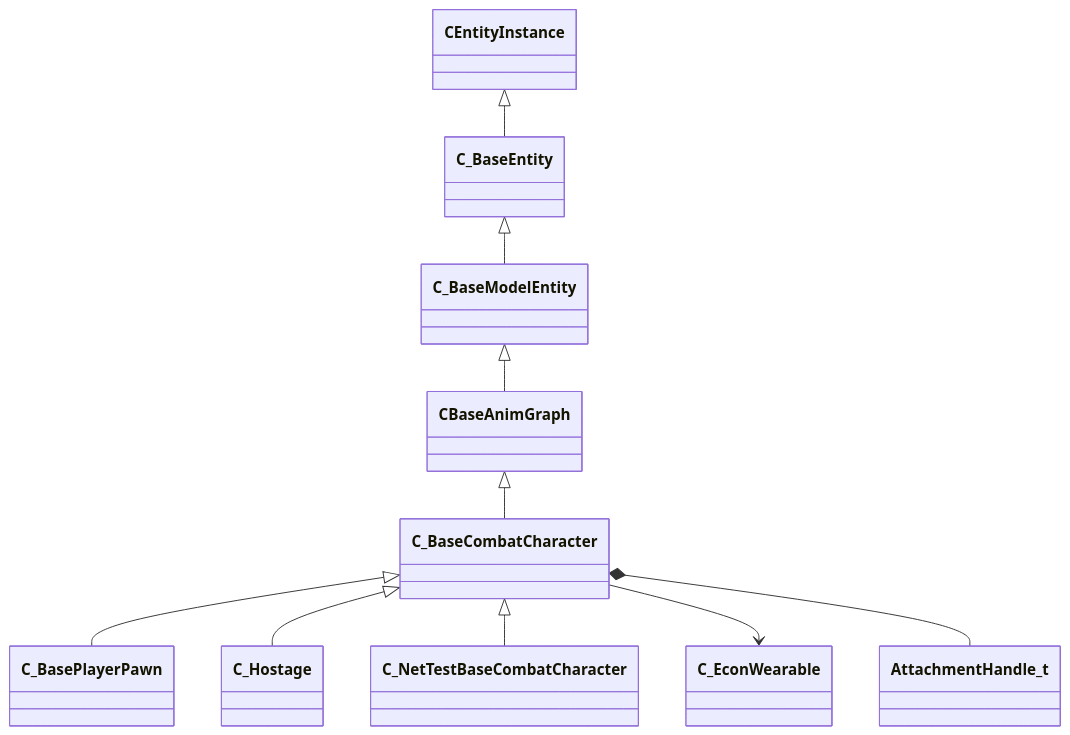
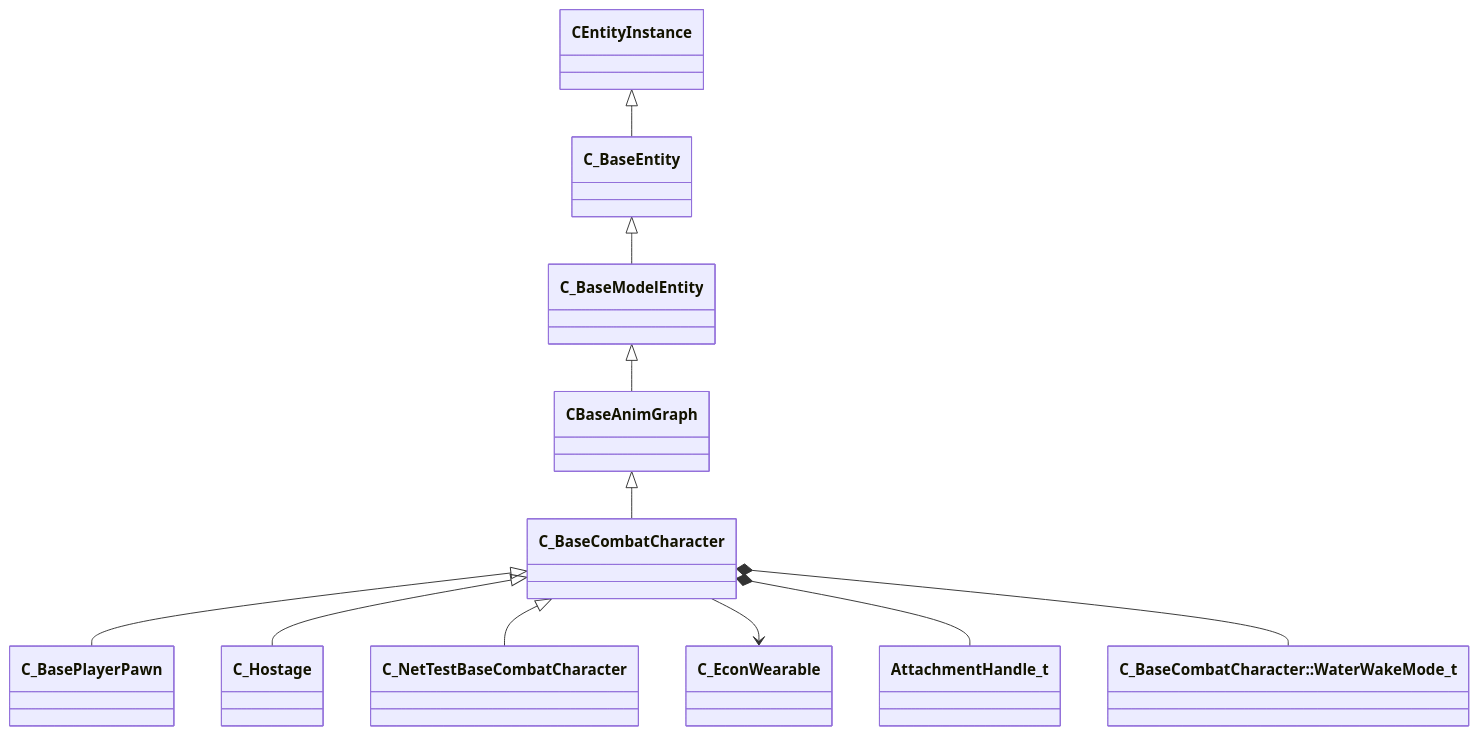
Before and after one commit to CS2OpenDev/CS2OpenDev-Docs: the diagram in docs/generated/schemas/client/C_BaseCombatCharacter.md, drawn with Mermaid. The commit also changed other lines of this file and 4525 other files, not shown here.

````diff
--- a/docs/generated/schemas/client/C_BaseCombatCharacter.md
+++ b/docs/generated/schemas/client/C_BaseCombatCharacter.md
@@ -19,12 +21,13 @@
 ```mermaid
 classDiagram
     CBaseAnimGraph <|-- C_BaseCombatCharacter
     C_BaseModelEntity <|-- CBaseAnimGraph
     C_BaseEntity <|-- C_BaseModelEntity
     CEntityInstance <|-- C_BaseEntity
     C_BaseCombatCharacter <|-- C_BasePlayerPawn
     C_BaseCombatCharacter <|-- C_Hostage
     C_BaseCombatCharacter <|-- C_NetTestBaseCombatCharacter
     C_BaseCombatCharacter --> C_EconWearable
     C_BaseCombatCharacter *-- AttachmentHandle_t
+    C_BaseCombatCharacter *-- `C_BaseCombatCharacter::WaterWakeMode_t`
 ```
````
